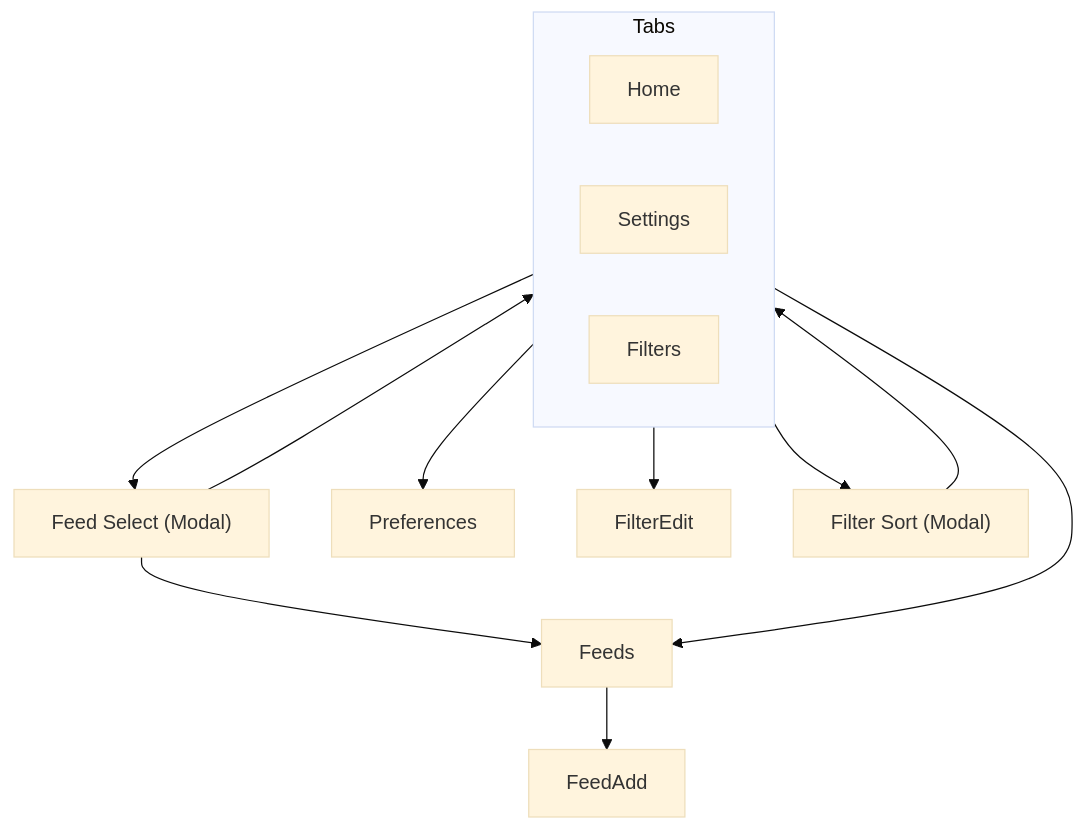
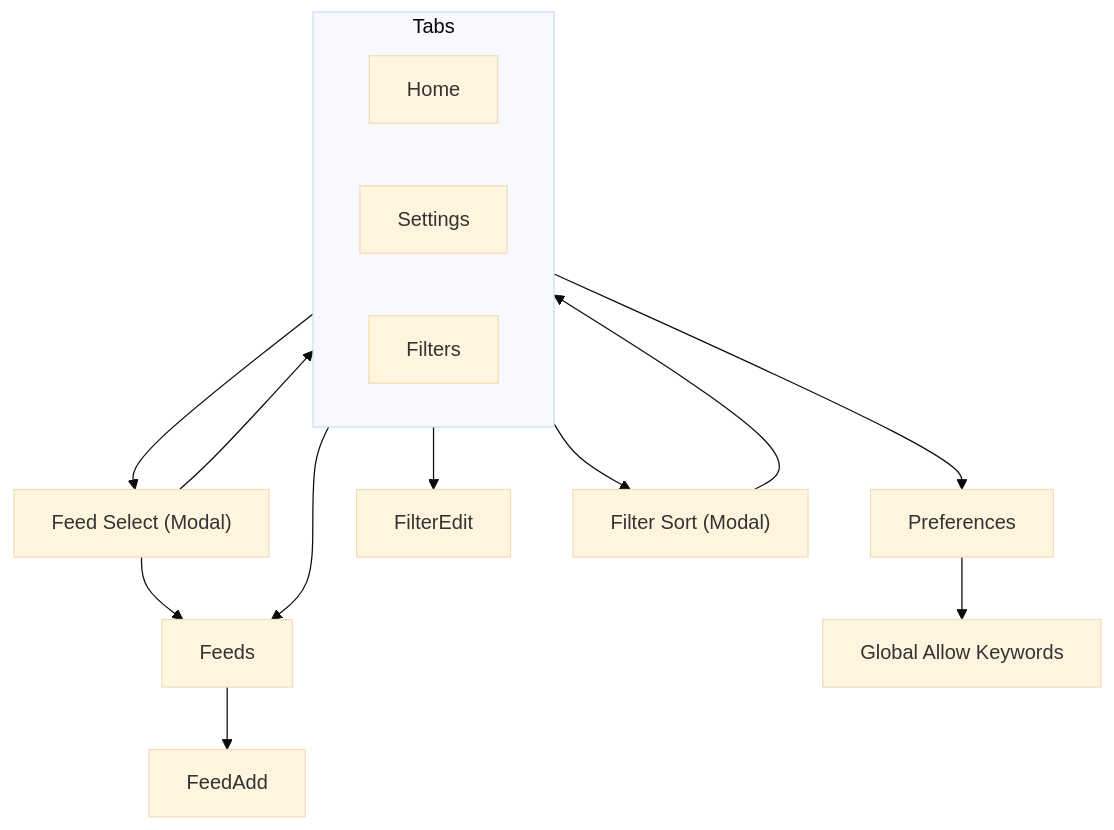
Before and after one commit to yskms/filto-app: the diagram in docs/02_basic_design/01_screen_flow.md, drawn with Mermaid (base theme). The commit also changed other lines of this file and 4 other files, not shown here.

````diff
--- a/docs/02_basic_design/01_screen_flow.md
+++ b/docs/02_basic_design/01_screen_flow.md
@@ -5,28 +5,29 @@
 ```mermaid
 flowchart TB
   %% Tabs
   subgraph Tabs["Tabs"]
     direction LR
     Home["Home"]
     Settings["Settings"]
     Filters["Filters"]
   end
   
   %% Home flow
   FeedSelect["Feed Select (Modal)"]
   Home --> FeedSelect --> Home
   FeedSelect --> Feeds
   
   %% Settings flow
   Feeds["Feeds"]
   FeedAdd["FeedAdd"]
   Preferences["Preferences"]
+  GlobalAllowKeywords["Global Allow Keywords"]
   Settings --> Feeds --> FeedAdd
-  Settings --> Preferences
+  Settings --> Preferences --> GlobalAllowKeywords
   
   %% Filters flow
   FilterEdit["FilterEdit"]
   FilterSort["Filter Sort (Modal)"]
   Filters --> FilterEdit
   Filters --> FilterSort --> Filters
 ```
````
